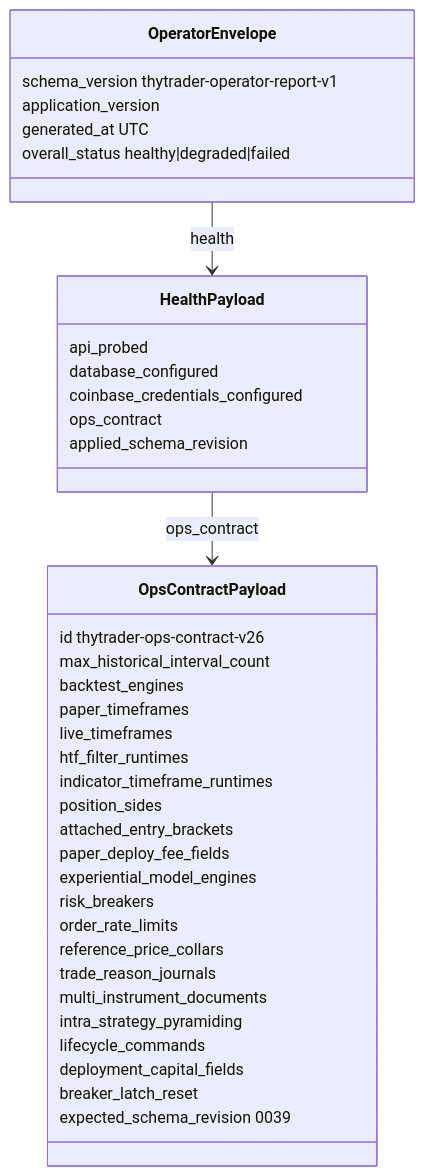
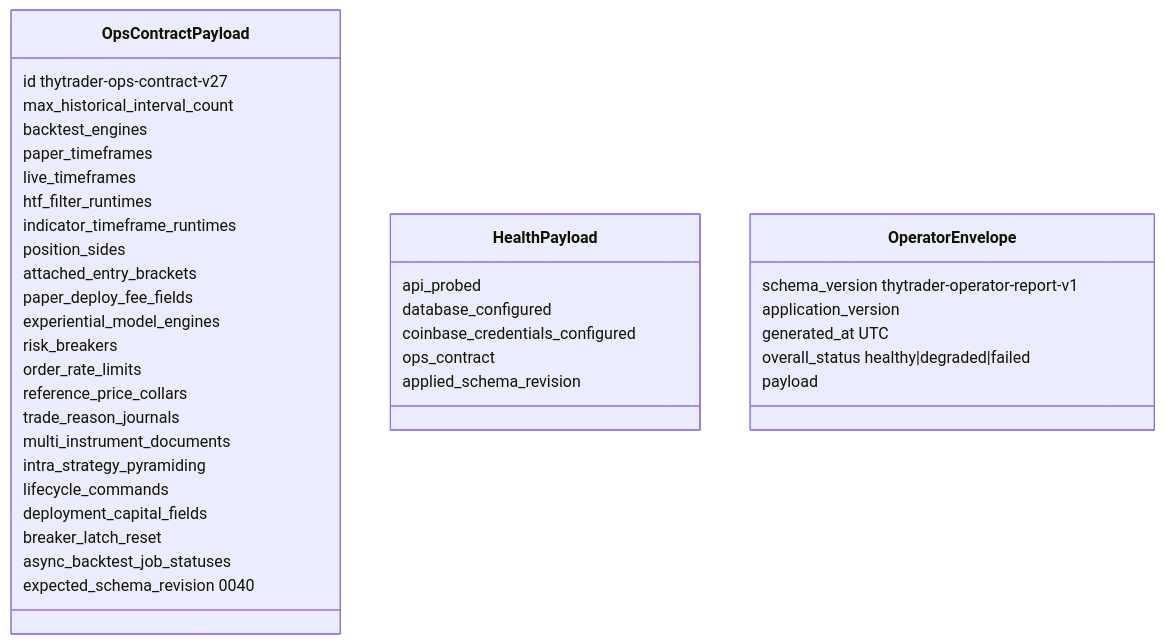
Before and after one commit to Zoltesh/thytrader: the diagram in docs/architecture/contracts/ops-contract.md, drawn with Mermaid. The commit also changed other lines of this file and 27 other files, not shown here.

````diff
--- a/docs/architecture/contracts/ops-contract.md
+++ b/docs/architecture/contracts/ops-contract.md
@@ -36,41 +37,41 @@
 ```mermaid
 classDiagram
   class OpsContractPayload {
-    id thytrader-ops-contract-v26
+    id thytrader-ops-contract-v27
     max_historical_interval_count
     backtest_engines
     paper_timeframes
     live_timeframes
     htf_filter_runtimes
     indicator_timeframe_runtimes
     position_sides
     attached_entry_brackets
     paper_deploy_fee_fields
     experiential_model_engines
     risk_breakers
     order_rate_limits
     reference_price_collars
     trade_reason_journals
     multi_instrument_documents
     intra_strategy_pyramiding
     lifecycle_commands
     deployment_capital_fields
     breaker_latch_reset
-    expected_schema_revision 0039
+    async_backtest_job_statuses
+    expected_schema_revision 0040
   }
   class HealthPayload {
     api_probed
     database_configured
     coinbase_credentials_configured
     ops_contract
     applied_schema_revision
   }
   class OperatorEnvelope {
     schema_version thytrader-operator-report-v1
     application_version
     generated_at UTC
     overall_status healthy|degraded|failed
+    payload
   }
-  HealthPayload --> OpsContractPayload : ops_contract
-  OperatorEnvelope --> HealthPayload : health
 ```
````
